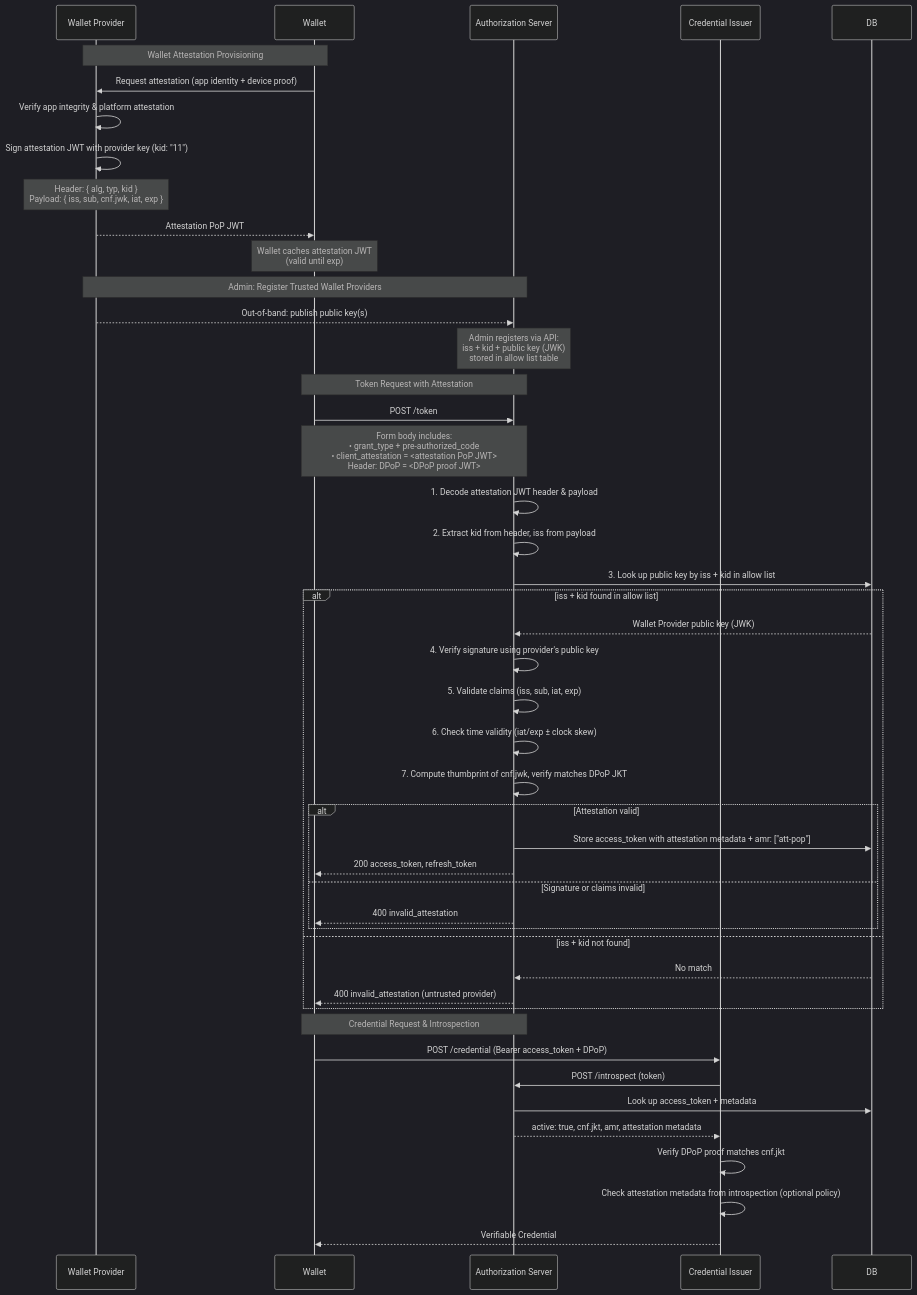
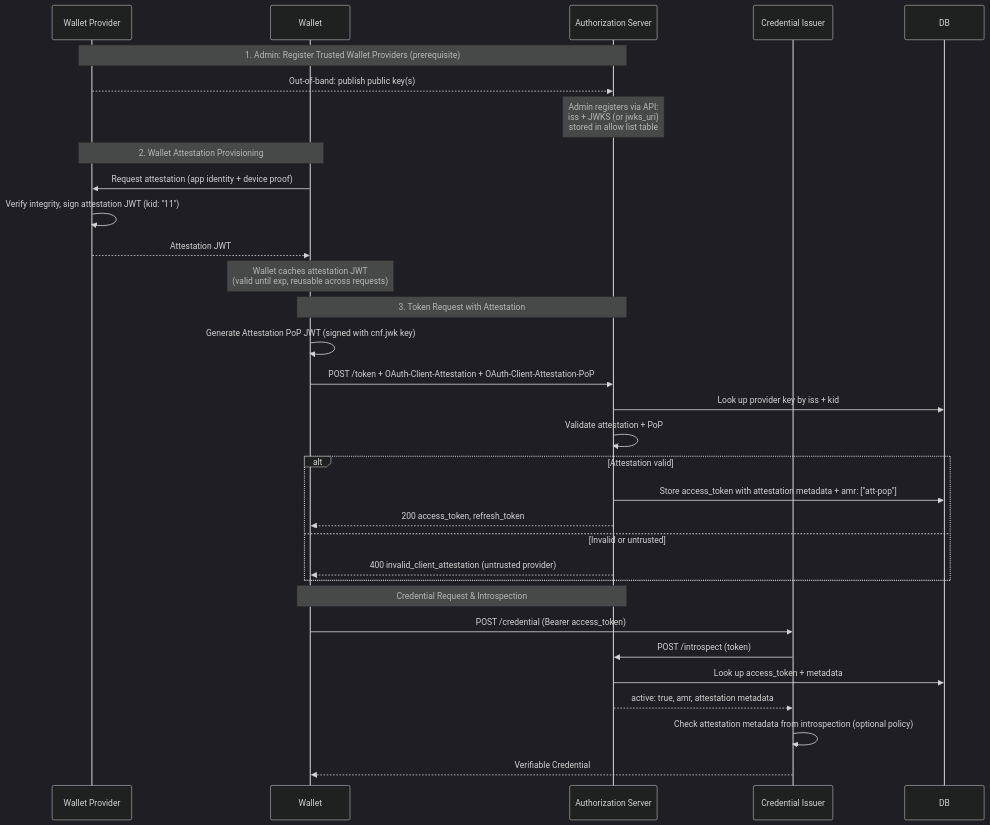
One commit to weiiv/acapy-plugins changed the fourth of 9 diagrams in oid4vc/auth_server/docs/auth-server-design.md. Above: the diagram before and after it, drawn with Mermaid (dark theme). The commit also changed other lines of this file and 75 other files, not shown here.

````diff
--- a/oid4vc/auth_server/docs/auth-server-design.md
+++ b/oid4vc/auth_server/docs/auth-server-design.md
@@ -260,60 +277,44 @@
 ```mermaid
 sequenceDiagram
   participant WalletProvider as Wallet Provider
   participant Wallet
   participant AuthServer as Authorization Server
   participant Issuer as Credential Issuer
   participant DB
 
-  Note over WalletProvider,Wallet: Wallet Attestation Provisioning
+  Note over WalletProvider,AuthServer: 1. Admin: Register Trusted Wallet Providers (prerequisite)
+
+  WalletProvider-->>AuthServer: Out-of-band: publish public key(s)
+  Note over AuthServer: Admin registers via API:<br/>iss + JWKS (or jwks_uri)<br/>stored in allow list table
+
+  Note over WalletProvider,Wallet: 2. Wallet Attestation Provisioning
 
   Wallet->>WalletProvider: Request attestation (app identity + device proof)
-  WalletProvider->>WalletProvider: Verify app integrity & platform attestation
-  WalletProvider->>WalletProvider: Sign attestation JWT with provider key (kid: "11")
-  Note over WalletProvider: Header: { alg, typ, kid }<br/>Payload: { iss, sub, cnf.jwk, iat, exp }
-  WalletProvider-->>Wallet: Attestation PoP JWT
-  Note over Wallet: Wallet caches attestation JWT<br/>(valid until exp)
+  WalletProvider->>WalletProvider: Verify integrity, sign attestation JWT (kid: "11")
+  WalletProvider-->>Wallet: Attestation JWT
+  Note over Wallet: Wallet caches attestation JWT<br/>(valid until exp, reusable across requests)
 
-  Note over WalletProvider,AuthServer: Admin: Register Trusted Wallet Providers
+  Note over Wallet,AuthServer: 3. Token Request with Attestation
 
-  WalletProvider-->>AuthServer: Out-of-band: publish public key(s)
-  Note over AuthServer: Admin registers via API:<br/>iss + kid + public key (JWK)<br/>stored in allow list table
+  Wallet->>Wallet: Generate Attestation PoP JWT (signed with cnf.jwk key)
+  Wallet->>AuthServer: POST /token + OAuth-Client-Attestation + OAuth-Client-Attestation-PoP
 
-  Note over Wallet,AuthServer: Token Request with Attestation
+  AuthServer->>DB: Look up provider key by iss + kid
+  AuthServer->>AuthServer: Validate attestation + PoP
 
-  Wallet->>AuthServer: POST /token
-  Note over Wallet,AuthServer: Form body includes:<br/>• grant_type + pre-authorized_code<br/>• client_attestation = <attestation PoP JWT><br/>Header: DPoP = <DPoP proof JWT>
-
-  AuthServer->>AuthServer: 1. Decode attestation JWT header & payload
-  AuthServer->>AuthServer: 2. Extract kid from header, iss from payload
-  AuthServer->>DB: 3. Look up public key by iss + kid in allow list
-
-  alt iss + kid found in allow list
-    DB-->>AuthServer: Wallet Provider public key (JWK)
-    AuthServer->>AuthServer: 4. Verify signature using provider's public key
-    AuthServer->>AuthServer: 5. Validate claims (iss, sub, iat, exp)
-    AuthServer->>AuthServer: 6. Check time validity (iat/exp ± clock skew)
-    AuthServer->>AuthServer: 7. Compute thumbprint of cnf.jwk, verify matches DPoP JKT
-
-    alt Attestation valid
-      AuthServer->>DB: Store access_token with attestation metadata + amr: ["att-pop"]
-      AuthServer-->>Wallet: 200 access_token, refresh_token
-    else Signature or claims invalid
-      AuthServer-->>Wallet: 400 invalid_attestation
-    end
-
-  else iss + kid not found
-    DB-->>AuthServer: No match
-    AuthServer-->>Wallet: 400 invalid_attestation (untrusted provider)
+  alt Attestation valid
+    AuthServer->>DB: Store access_token with attestation metadata + amr: ["att-pop"]
+    AuthServer-->>Wallet: 200 access_token, refresh_token
+  else Invalid or untrusted
+    AuthServer-->>Wallet: 400 invalid_client_attestation (untrusted provider)
   end
 
   Note over Wallet,AuthServer: Credential Request & Introspection
 
-  Wallet->>Issuer: POST /credential (Bearer access_token + DPoP)
+  Wallet->>Issuer: POST /credential (Bearer access_token)
   Issuer->>AuthServer: POST /introspect (token)
   AuthServer->>DB: Look up access_token + metadata
-  AuthServer-->>Issuer: active: true, cnf.jkt, amr, attestation metadata
-  Issuer->>Issuer: Verify DPoP proof matches cnf.jkt
+  AuthServer-->>Issuer: active: true, amr, attestation metadata
   Issuer->>Issuer: Check attestation metadata from introspection (optional policy)
   Issuer-->>Wallet: Verifiable Credential
 ```
````
